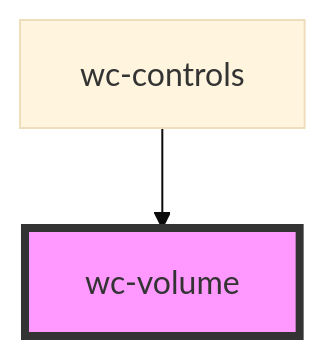
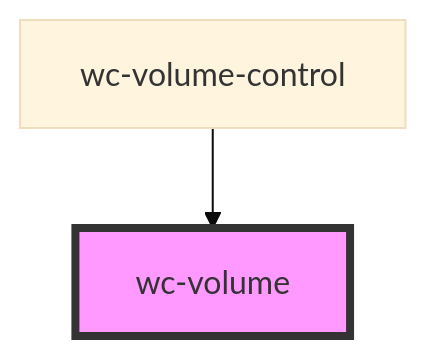
The diagram in packages/wcplayer-components/src/components/wc-volume/readme.md (iChengbo/wcplayer), drawn with Mermaid (base theme) before and after one commit. The commit also changed other lines of this file and 13 other files, not shown here.

Commit message:
feat(wc-volume-control): new component

````diff
--- a/packages/wcplayer-components/src/components/wc-volume/readme.md
+++ b/packages/wcplayer-components/src/components/wc-volume/readme.md
@@ -31,5 +30,5 @@
 ```mermaid
 graph TD;
-  wc-controls --> wc-volume
+  wc-volume-control --> wc-volume
   style wc-volume fill:#f9f,stroke:#333,stroke-width:4px
 ```
````
